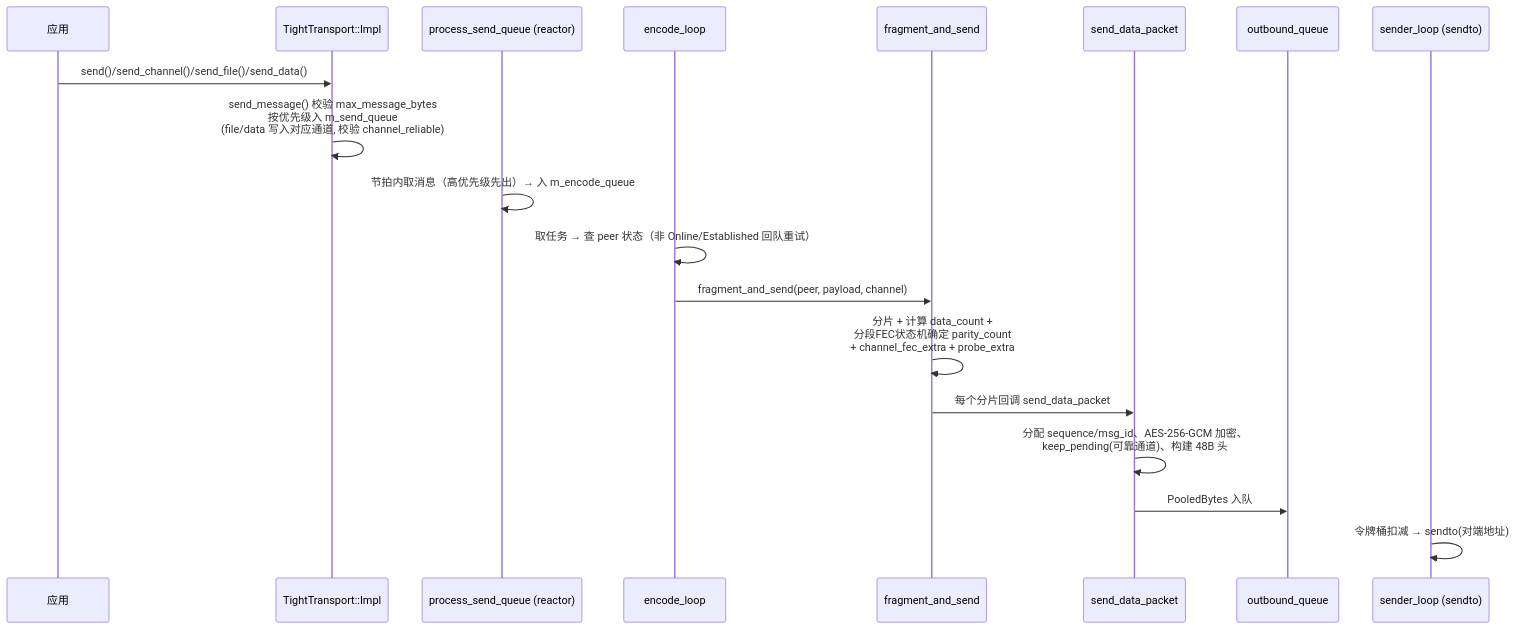
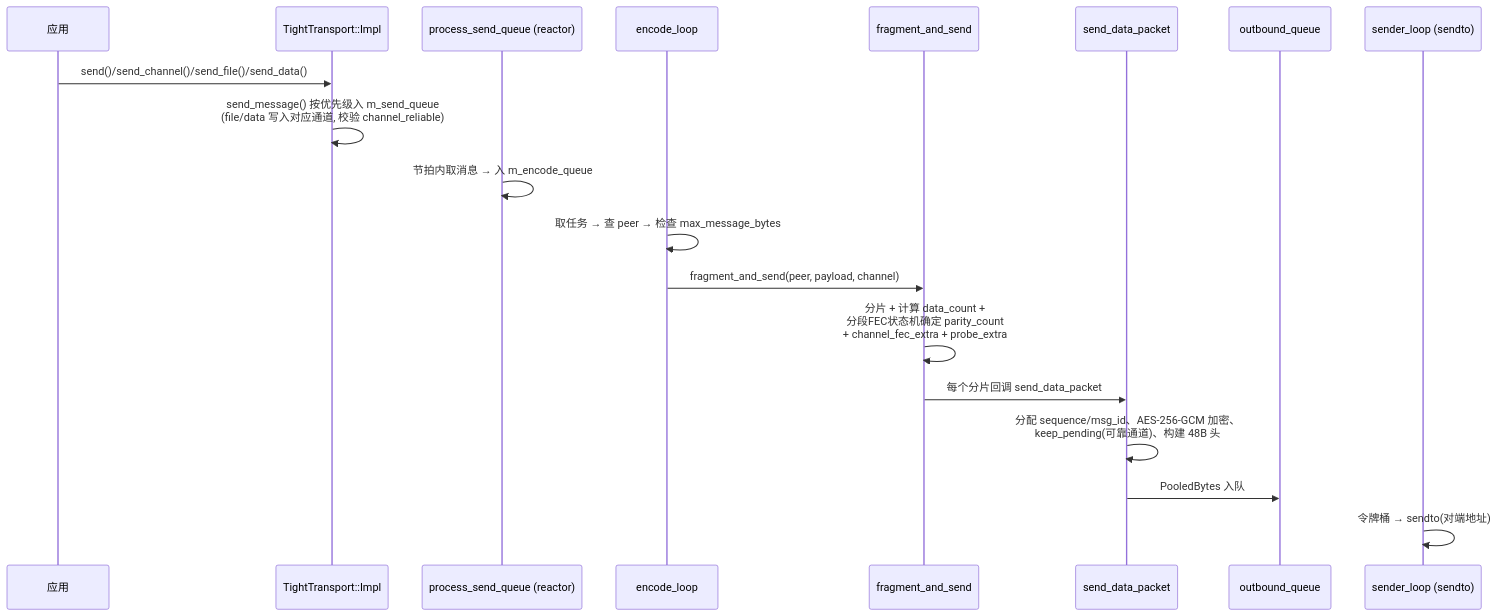
One commit to arrayforward/tight changed the third of 7 diagrams in docs/tight_architecture.md. Above: the diagram before and after it, drawn with Mermaid. The commit also changed other lines of this file and 17 other files, not shown here.

````diff
--- a/docs/tight_architecture.md
+++ b/docs/tight_architecture.md
@@ -146,22 +118,22 @@
 ```mermaid
 sequenceDiagram
     participant App as 应用
     participant Impl as TightTransport::Impl
     participant PSQ as process_send_queue (reactor)
     participant ENC as encode_loop
     participant FRAG as fragment_and_send
     participant PKT as send_data_packet
     participant OUT as outbound_queue
     participant SD as sender_loop (sendto)
 
     App->>Impl: send()/send_channel()/send_file()/send_data()
-    Impl->>Impl: send_message() 校验 max_message_bytes<br/>按优先级入 m_send_queue<br/>(file/data 写入对应通道, 校验 channel_reliable)
-    PSQ->>PSQ: 节拍内取消息（高优先级先出）→ 入 m_encode_queue
-    ENC->>ENC: 取任务 → 查 peer 状态（非 Online/Established 回队重试）
+    Impl->>Impl: send_message() 按优先级入 m_send_queue<br/>(file/data 写入对应通道, 校验 channel_reliable)
+    PSQ->>PSQ: 节拍内取消息 → 入 m_encode_queue
+    ENC->>ENC: 取任务 → 查 peer → 检查 max_message_bytes
     ENC->>FRAG: fragment_and_send(peer, payload, channel)
     FRAG->>FRAG: 分片 + 计算 data_count +<br/>分段FEC状态机确定 parity_count<br/>+ channel_fec_extra + probe_extra
     FRAG->>PKT: 每个分片回调 send_data_packet
     PKT->>PKT: 分配 sequence/msg_id、AES-256-GCM 加密、<br/>keep_pending(可靠通道)、构建 48B 头
     PKT->>OUT: PooledBytes 入队
-    SD->>SD: 令牌桶扣减 → sendto(对端地址)
+    SD->>SD: 令牌桶 → sendto(对端地址)
 ```
````
